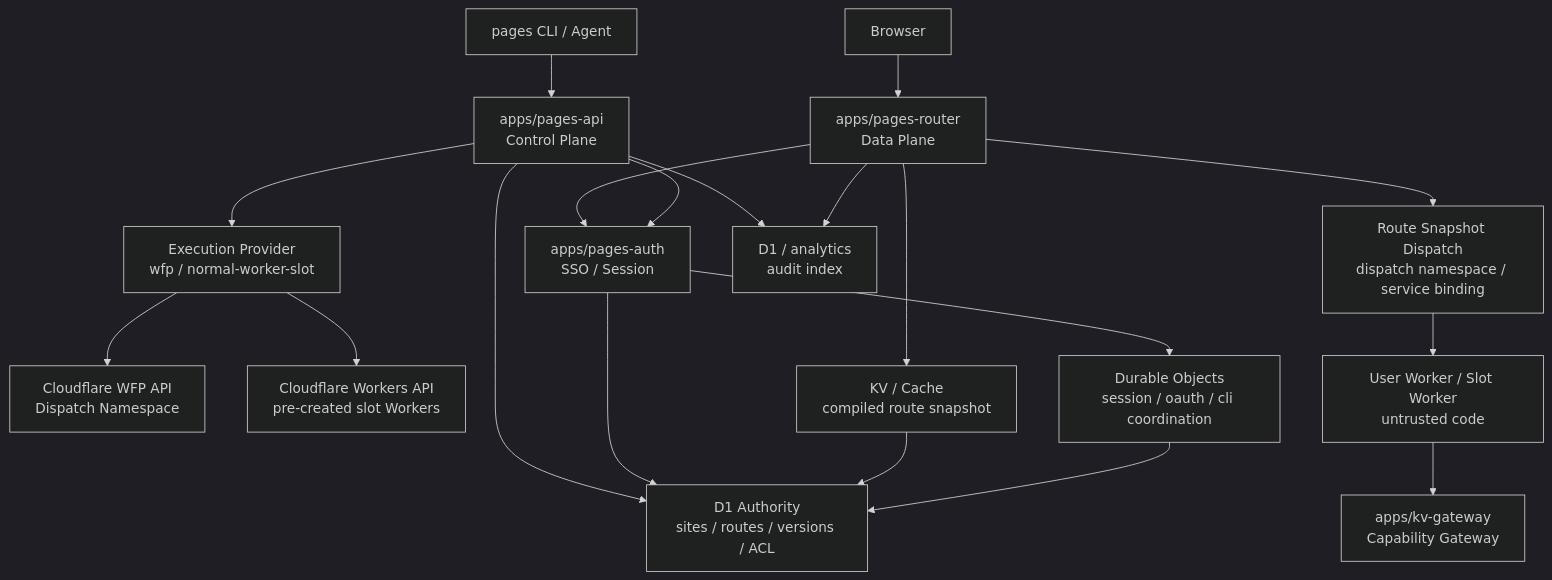
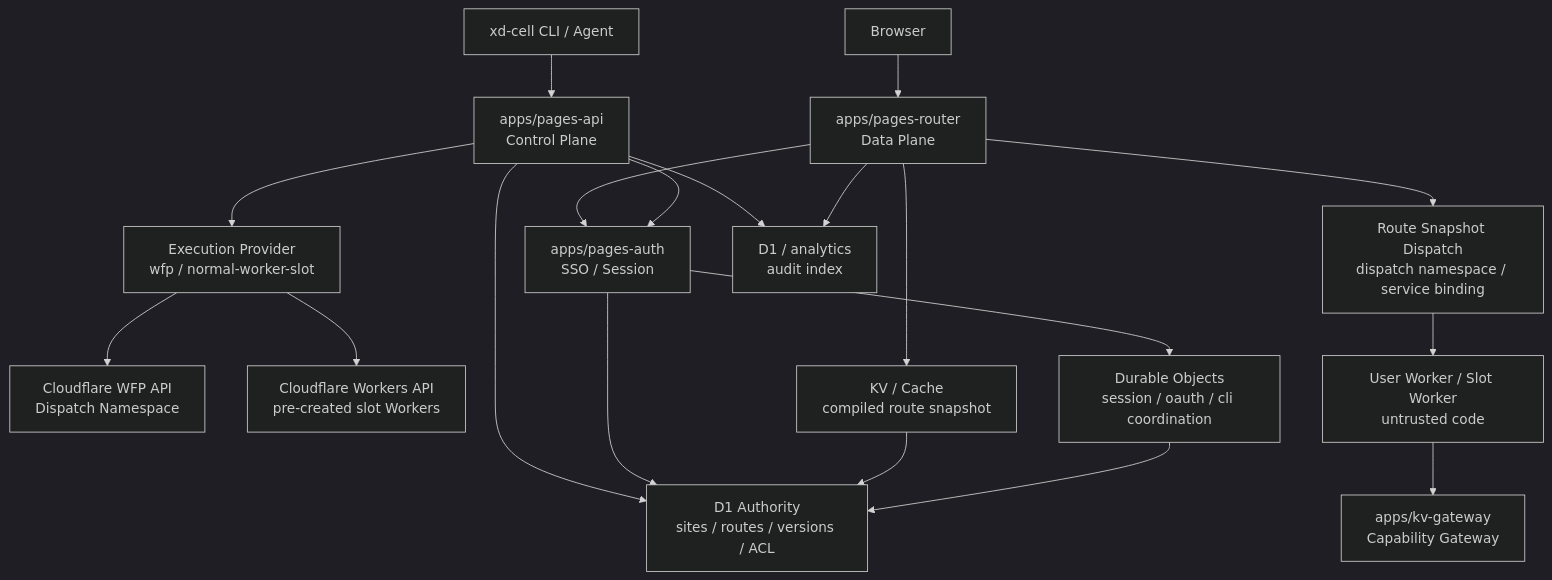
Before and after one commit to qaj701224-blip/pages-manager: the diagram in docs/architecture/xd-pages-overview.md, drawn with Mermaid (dark theme). The commit also changed 103 other files, not shown here.

Commit message:
refactor: 调整 XD Cell CLI、skill 与 Worker SDK 分发边界

````diff
--- a/docs/architecture/xd-pages-overview.md
+++ b/docs/architecture/xd-pages-overview.md
@@ -134,21 +134,21 @@
 ```mermaid
 flowchart TD
-  CLI["pages CLI / Agent"] --> API["apps/pages-api<br/>Control Plane"]
+  CLI["xd-cell CLI / Agent"] --> API["apps/pages-api<br/>Control Plane"]
   Browser["Browser"] --> Router["apps/pages-router<br/>Data Plane"]
   Router --> Auth["apps/pages-auth<br/>SSO / Session"]
   API --> Auth
   API --> Exec["Execution Provider<br/>wfp / normal-worker-slot"]
   Exec --> WFP["Cloudflare WFP API<br/>Dispatch Namespace"]
   Exec --> Slots["Cloudflare Workers API<br/>pre-created slot Workers"]
   Router --> Dispatch["Route Snapshot Dispatch<br/>dispatch namespace / service binding"]
   Dispatch --> UserWorker["User Worker / Slot Worker<br/>untrusted code"]
   UserWorker --> KV["apps/kv-gateway<br/>Capability Gateway"]
   API --> Authority["D1 Authority<br/>sites / routes / versions / ACL"]
   Auth --> Authority
   Router --> Snapshot["KV / Cache<br/>compiled route snapshot"]
   Snapshot --> Authority
   Auth --> DO["Durable Objects<br/>session / oauth / cli coordination"]
   DO --> Authority
   API --> Audit["D1 / analytics<br/>audit index"]
   Router --> Audit
 ```
````
